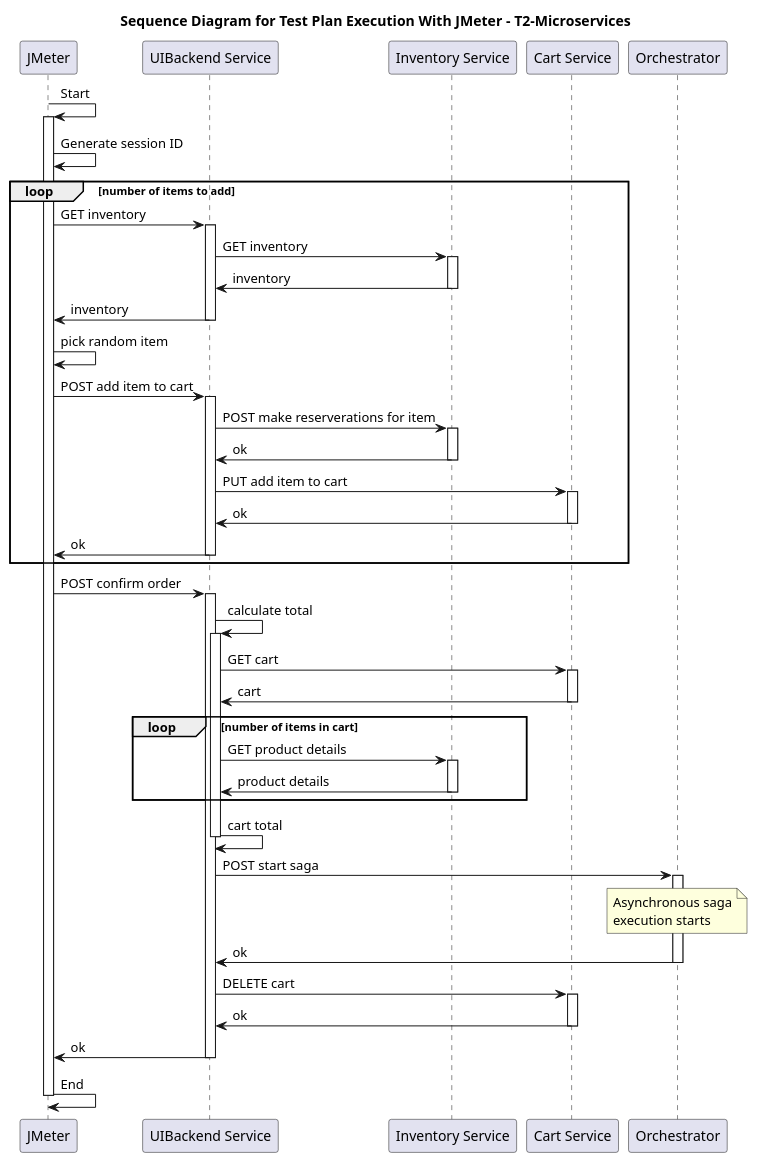
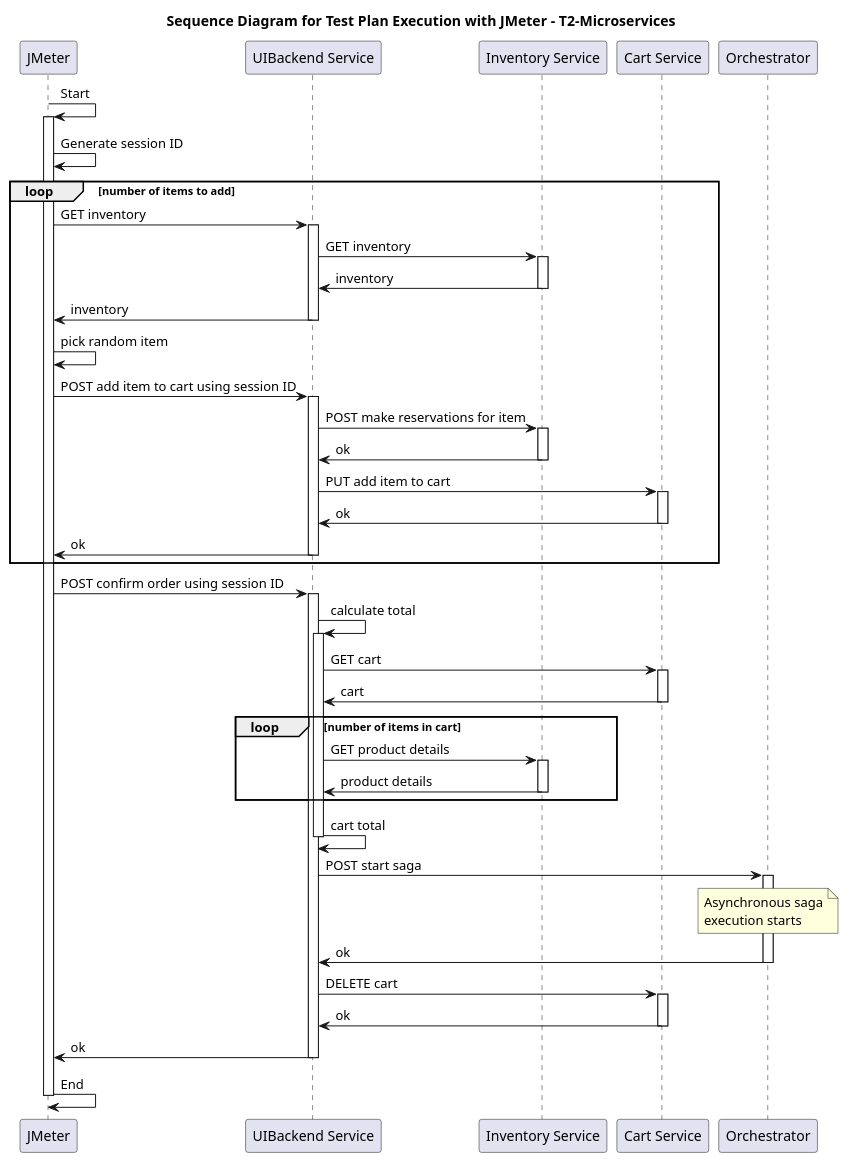
One commit to t2-project/documentation changed the diagram in source/diagrams/sequence-microservices-jmeter.puml. Above: the diagram before and after it, drawn with PlantUML. The commit also changed 9 other files, not shown here.

Commit message:
diagrams improvements

```diff
--- a/source/diagrams/sequence-microservices-jmeter.puml
+++ b/source/diagrams/sequence-microservices-jmeter.puml
@@ -1,47 +1,47 @@
 @startuml sequence-microservices-jmeter
 
-title Sequence Diagram for Test Plan Execution With JMeter - T2-Microservices
+title Sequence Diagram for Test Plan Execution with JMeter - T2-Microservices
 
 participant "JMeter"            as jmeter
 participant "UIBackend Service" as uibackend
 participant "Inventory Service" as inventory
 participant "Cart Service"      as cart
 participant "Orchestrator"      as orchestrator
 
 jmeter -> jmeter ++ : Start
 jmeter -> jmeter : Generate session ID
 
 loop number of items to add
     jmeter -> uibackend ++ : GET inventory
     uibackend -> inventory ++  : GET inventory
     uibackend <- inventory -- : inventory
     jmeter <- uibackend -- : inventory
 
     jmeter -> jmeter : pick random item
-    jmeter -> uibackend ++ : POST add item to cart
-    uibackend -> inventory ++ : POST make reserverations for item
+    jmeter -> uibackend ++ : POST add item to cart using session ID
+    uibackend -> inventory ++ : POST make reservations for item
     uibackend <- inventory -- : ok
     uibackend -> cart ++ : PUT add item to cart
     uibackend <- cart -- : ok
     jmeter <- uibackend -- : ok
 end
 
-jmeter -> uibackend ++ : POST confirm order
+jmeter -> uibackend ++ : POST confirm order using session ID
 uibackend -> uibackend ++ : calculate total
 uibackend -> cart ++ : GET cart
 uibackend <- cart -- : cart
 loop number of items in cart
     uibackend -> inventory ++ : GET product details
     uibackend <- inventory -- : product details
 end
 uibackend -> uibackend -- : cart total
 uibackend -> orchestrator ++ : POST start saga
 note over orchestrator : Asynchronous saga\nexecution starts
 uibackend <- orchestrator -- : ok
 uibackend -> cart ++ : DELETE cart
 uibackend <- cart -- : ok
 jmeter <- uibackend -- : ok
 
 jmeter -> jmeter -- : End
 
 @enduml
```
